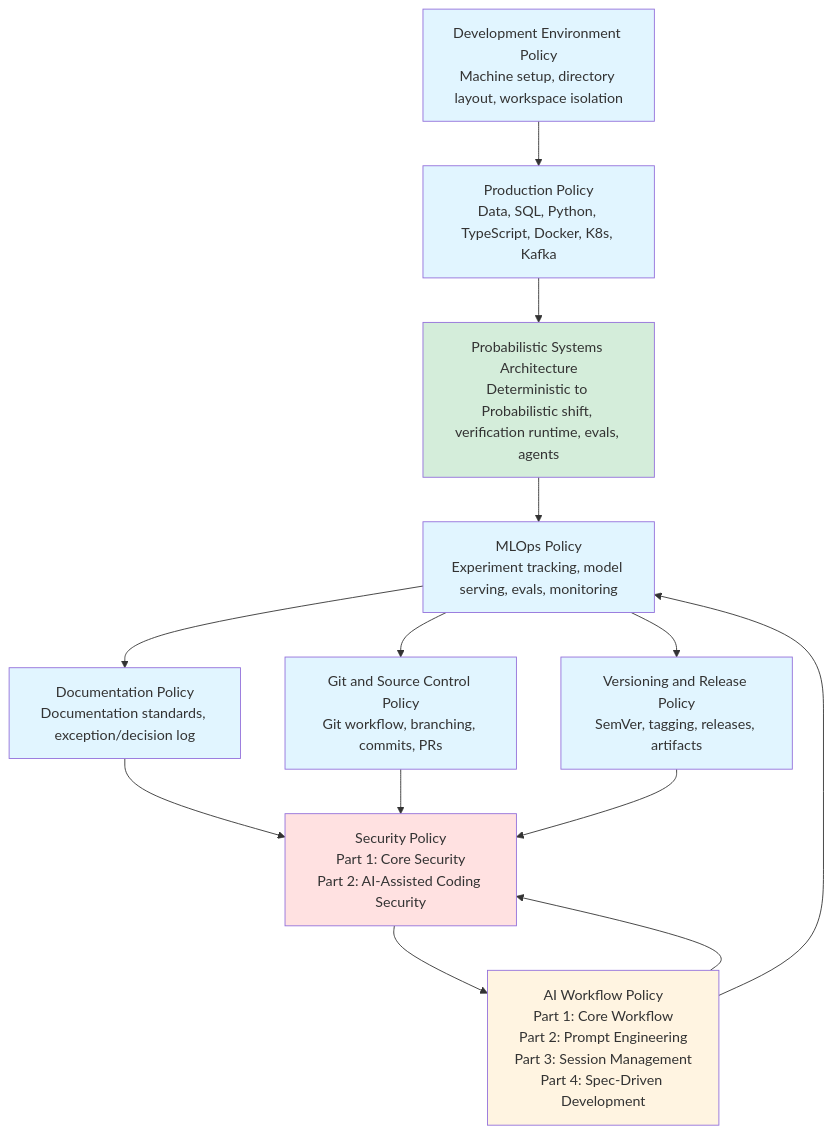
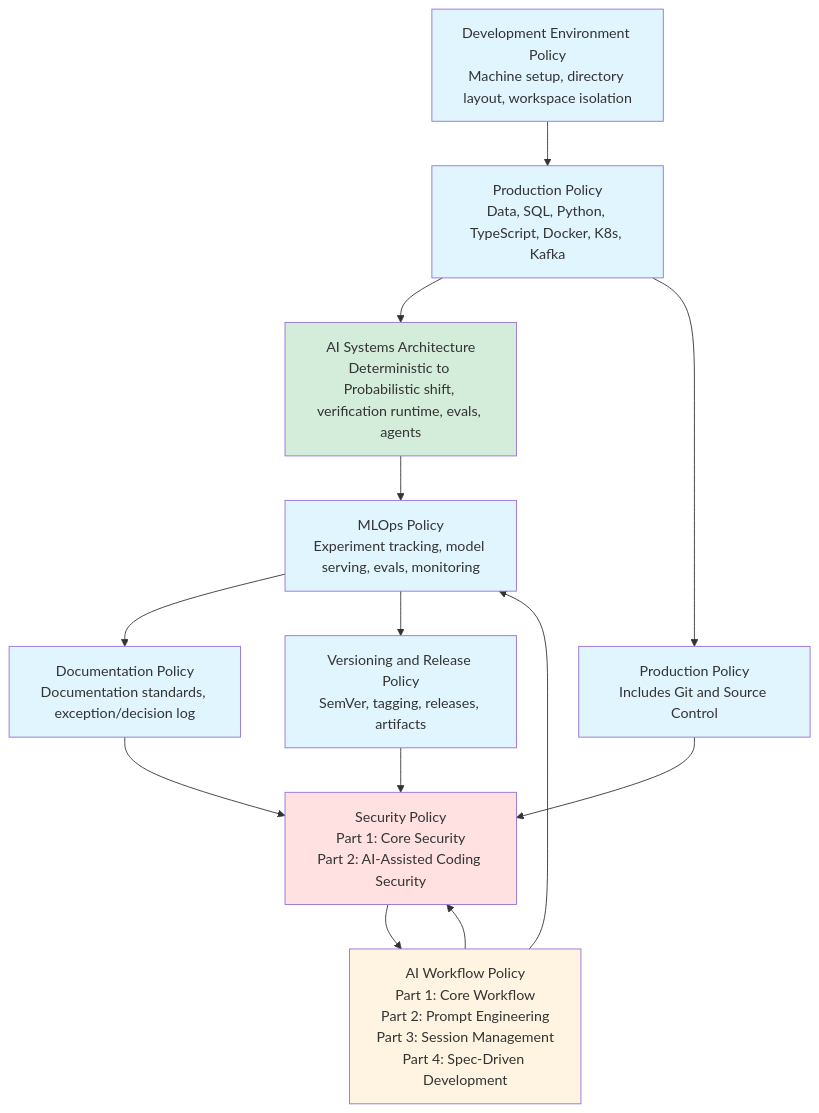
One commit to alfonsocruzvelasco/engineering-policies changed the diagram in README.md. Above: the diagram before and after it, drawn with Mermaid. The commit also changed other lines of this file and 6 other files, not shown here.

First line of the commit message:
Integrate Git policy into production-policy and rename probabilistic systems architecture policy

````diff
--- a/README.md
+++ b/README.md
@@ -163,25 +160,26 @@
 ```mermaid
 graph TD
     A["Development Environment Policy<br/>Machine setup, directory layout, workspace isolation"] --> B["Production Policy<br/>Data, SQL, Python, TypeScript, Docker, K8s, Kafka"]
-    B --> G["Probabilistic Systems Architecture<br/>Deterministic to Probabilistic shift, verification runtime, evals, agents"]
+    B --> G["AI Systems Architecture<br/>Deterministic to Probabilistic shift, verification runtime, evals, agents"]
     G --> C["MLOps Policy<br/>Experiment tracking, model serving, evals, monitoring"]
     C --> D1["Documentation Policy<br/>Documentation standards, exception/decision log"]
-    C --> D2["Git and Source Control Policy<br/>Git workflow, branching, commits, PRs"]
     C --> D3["Versioning and Release Policy<br/>SemVer, tagging, releases, artifacts"]
+    B --> D2["Production Policy<br/>Includes Git and Source Control"]
     D1 --> E["Security Policy<br/>Part 1: Core Security<br/>Part 2: AI-Assisted Coding Security"]
     D2 --> E
     D3 --> E
     E --> F["AI Workflow Policy<br/>Part 1: Core Workflow<br/>Part 2: Prompt Engineering<br/>Part 3: Session Management<br/>Part 4: Spec-Driven Development"]
     F --> C
     F --> E
 
     style A fill:#e1f5ff
     style B fill:#e1f5ff
     style G fill:#d4edda
     style C fill:#e1f5ff
     style D1 fill:#e1f5ff
     style D2 fill:#e1f5ff
     style D3 fill:#e1f5ff
+    style G fill:#d4edda
     style E fill:#ffe1e1
     style F fill:#fff4e1
 ```
````
